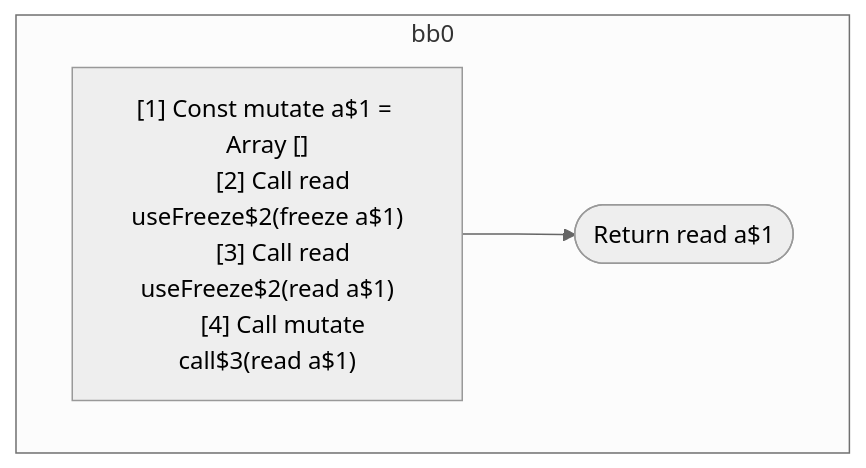
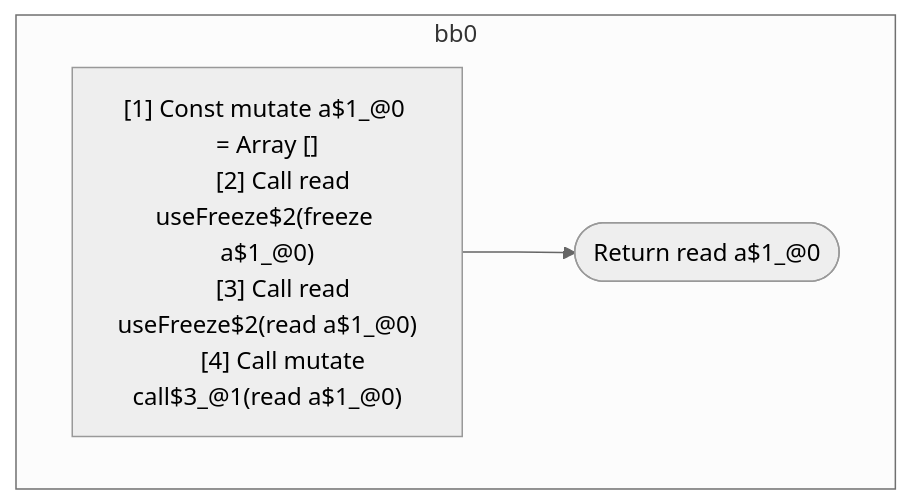
One commit to wutsmog/private changed the first of 3 diagrams in compiler/forget/src/__tests__/fixtures/hir/hooks-freeze-arguments.expect.md. Above: the diagram before and after it, drawn with Mermaid (neutral theme). The commit also changed other lines of this file and 60 other files, not shown here.

````diff
--- a/compiler/forget/src/__tests__/fixtures/hir/hooks-freeze-arguments.expect.md
+++ b/compiler/forget/src/__tests__/fixtures/hir/hooks-freeze-arguments.expect.md
@@ -31,16 +31,16 @@
 ```mermaid
 flowchart TB
   %% Basic Blocks
   subgraph bb0
     bb0_instrs["
-      [1] Const mutate a$1 = Array []
-      [2] Call read useFreeze$2(freeze a$1)
-      [3] Call read useFreeze$2(read a$1)
-      [4] Call mutate call$3(read a$1)
+      [1] Const mutate a$1_@0 = Array []
+      [2] Call read useFreeze$2(freeze a$1_@0)
+      [3] Call read useFreeze$2(read a$1_@0)
+      [4] Call mutate call$3_@1(read a$1_@0)
     "]
-    bb0_instrs --> bb0_terminal(["Return read a$1"])
+    bb0_instrs --> bb0_terminal(["Return read a$1_@0"])
   end
 
   %% Jumps
   %% empty
 ```
````
